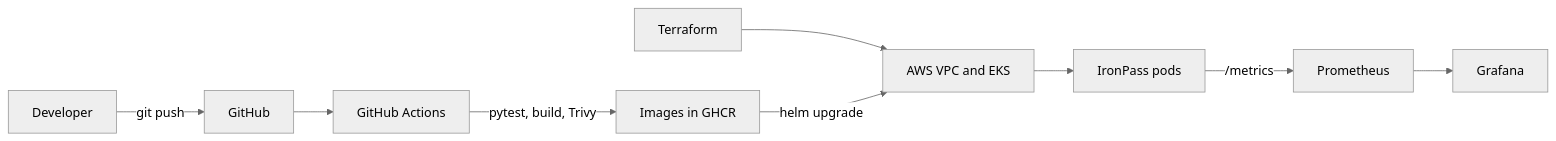
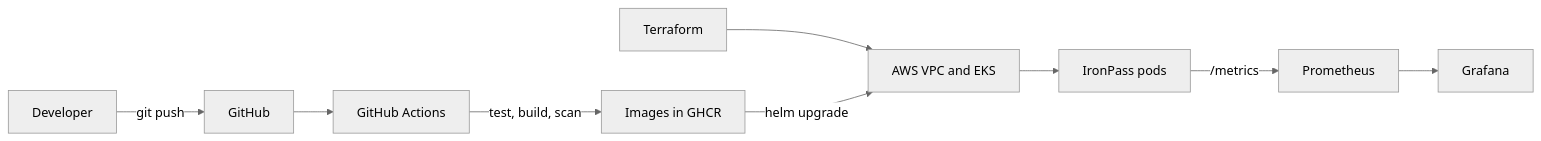
The diagram in README.md (brixdorf/ironpass-devops-capstone), drawn with Mermaid (neutral theme) before and after one commit. The commit also changed other lines of this file and 3 other files, not shown here.

````diff
--- a/README.md
+++ b/README.md
@@ -28,11 +31,11 @@
 ```mermaid
 flowchart LR
   dev[Developer] -->|git push| gh[GitHub]
   gh --> ci[GitHub Actions]
-  ci -->|pytest, build, Trivy| img[Images in GHCR]
+  ci -->|test, build, scan| img[Images in GHCR]
   tf[Terraform] --> aws[AWS VPC and EKS]
   img -->|helm upgrade| aws
   aws --> app[IronPass pods]
   app -->|/metrics| prom[Prometheus]
   prom --> graf[Grafana]
 ```
````
